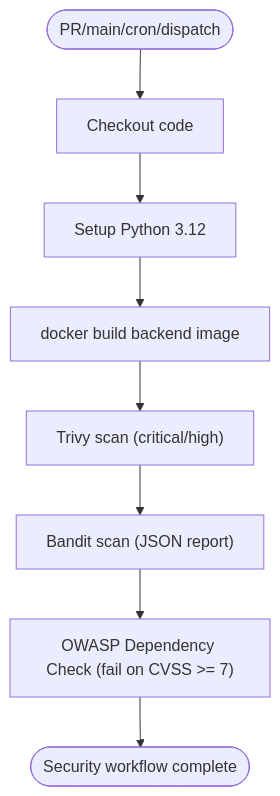
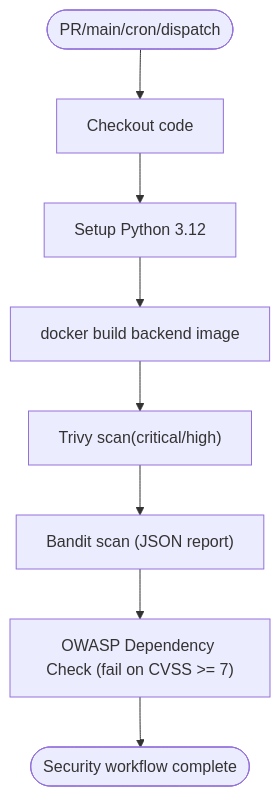
One commit to rohitkumarnaidu/ScholarFormAI changed the fifth of 9 diagrams in docs/docs/knowledge/Deployment & Operations/CI_CD Pipeline.md. Above: the diagram before and after it, drawn with Mermaid. The commit also changed other lines of this file and 73 other files, not shown here.

First line of the commit message:
docs: enterprise-level markdown upgrade with Mermaid diagrams

````diff
--- a/docs/docs/knowledge/Deployment & Operations/CI_CD Pipeline.md
+++ b/docs/docs/knowledge/Deployment & Operations/CI_CD Pipeline.md
@@ -295,10 +295,10 @@
 ```mermaid
 flowchart TD
 Start(["PR/main/cron/dispatch"]) --> Checkout["Checkout code"]
 Checkout --> SetupPy["Setup Python 3.12"]
 SetupPy --> BuildImg["docker build backend image"]
-BuildImg --> Trivy["Trivy scan (critical/high)"]
+BuildImg --> Trivy["Trivy scan(critical/high)"]
 Trivy --> Bandit["Bandit scan (JSON report)"]
 Bandit --> OWASP["OWASP Dependency Check (fail on CVSS >= 7)"]
 OWASP --> End(["Security workflow complete"])
 ```
````
